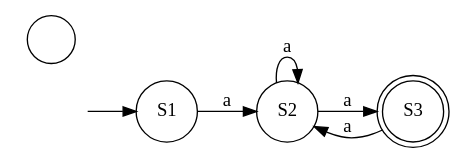
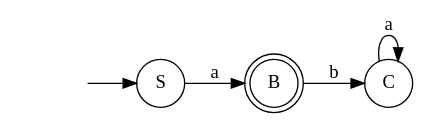
One commit to bobirok/Automata-ALE2 changed the diagram in ALE2/ALE2/bin/Debug/abc.dot. Above: the diagram before and after it, drawn with Graphviz. The commit also changed 12 other files, not shown here.

```diff
--- a/ALE2/ALE2/bin/Debug/abc.dot
+++ b/ALE2/ALE2/bin/Debug/abc.dot
@@ -1,13 +1,11 @@
 digraph myAutomaton {
 rankdir=LR;
 " " [shape=none]
-"S1" [shape=circle]
-"S2" [shape=circle]
-"" [shape=circle]
-"S3" [shape=doublecircle]
+"S" [shape=circle]
+"B" [shape=doublecircle]
+"C" [shape=circle]
 
-" " -> "S1""S1" -> "S2"[label="a"]
-"S2" -> "S2"[label="a"]
-"S2" -> "S3"[label="a"]
-"S3" -> "S2"[label="a"]
+" " -> "S""S" -> "B"[label="a"]
+"B" -> "C"[label="b"]
+"C" -> "C"[label="a"]
 }
```
